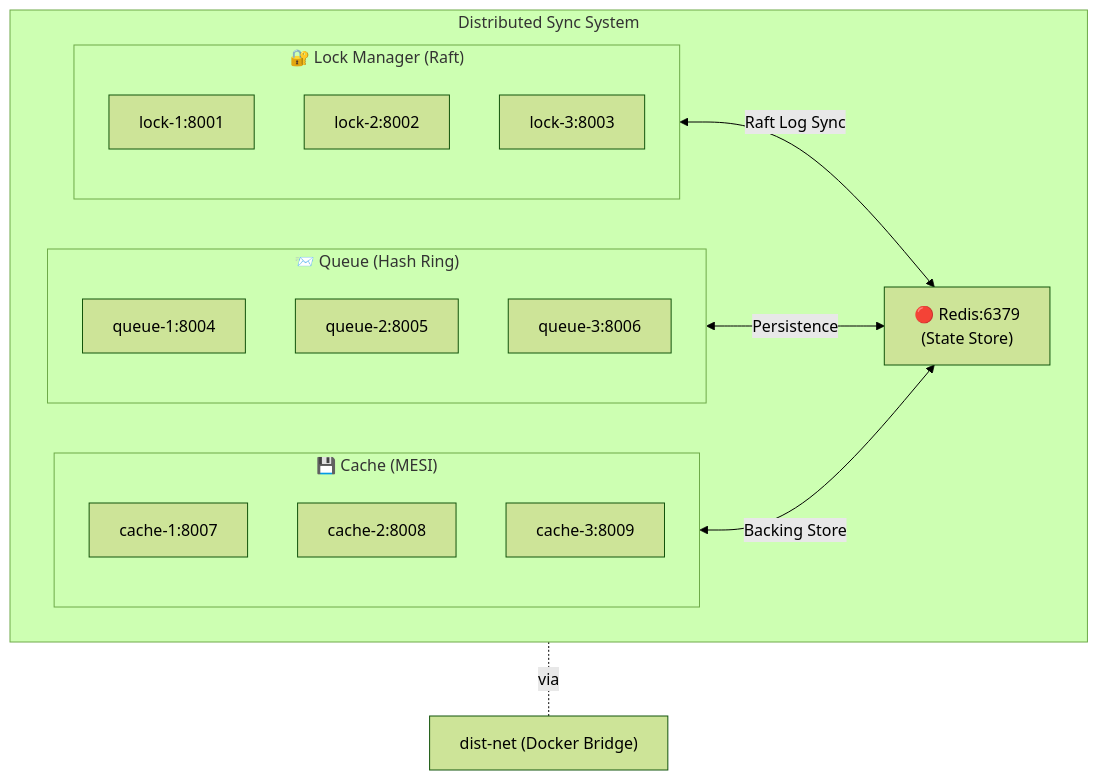
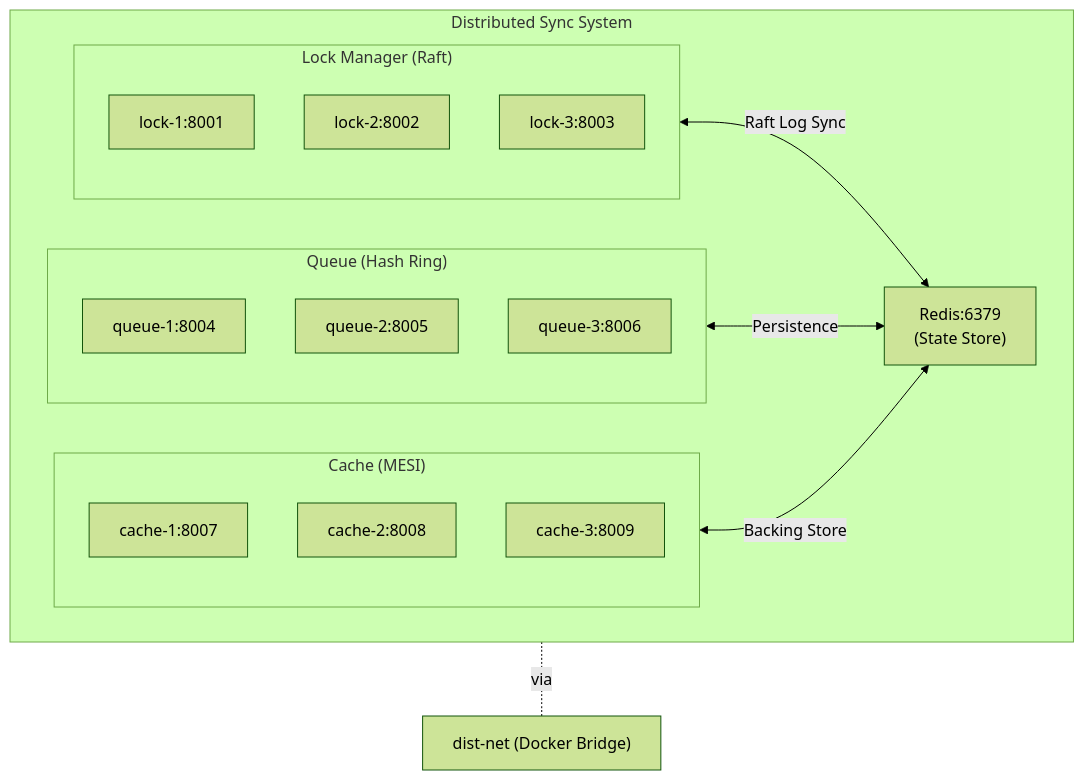
One commit to Bluenomic/Distributed-Synchronization-System changed the first of 6 diagrams in docs/architecture.md. Above: the diagram before and after it, drawn with Mermaid (forest theme). The commit also changed 8 other files, not shown here.

````diff
--- a/docs/architecture.md
+++ b/docs/architecture.md
@@ -7,32 +7,32 @@
 ```mermaid
 graph TB
     subgraph Sys["Distributed Sync System"]
-        subgraph LM["🔐 Lock Manager (Raft)"]
+        subgraph LM["Lock Manager (Raft)"]
             LN1["lock-1:8001"]
             LN2["lock-2:8002"]
             LN3["lock-3:8003"]
         end
         
-        subgraph QS["📨 Queue (Hash Ring)"]
+        subgraph QS["Queue (Hash Ring)"]
             QN1["queue-1:8004"]
             QN2["queue-2:8005"]
             QN3["queue-3:8006"]
         end
         
-        subgraph CS["💾 Cache (MESI)"]
+        subgraph CS["Cache (MESI)"]
             CN1["cache-1:8007"]
             CN2["cache-2:8008"]
             CN3["cache-3:8009"]
         end
         
-        Redis["🔴 Redis:6379<br/>(State Store)"]
+        Redis["Redis:6379<br/>(State Store)"]
     end
     
     Network["dist-net (Docker Bridge)"]
     
     LM <-->|Raft Log Sync| Redis
     QS <-->|Persistence| Redis
     CS <-->|Backing Store| Redis
     
     Sys -.-|via| Network
 ```
````
